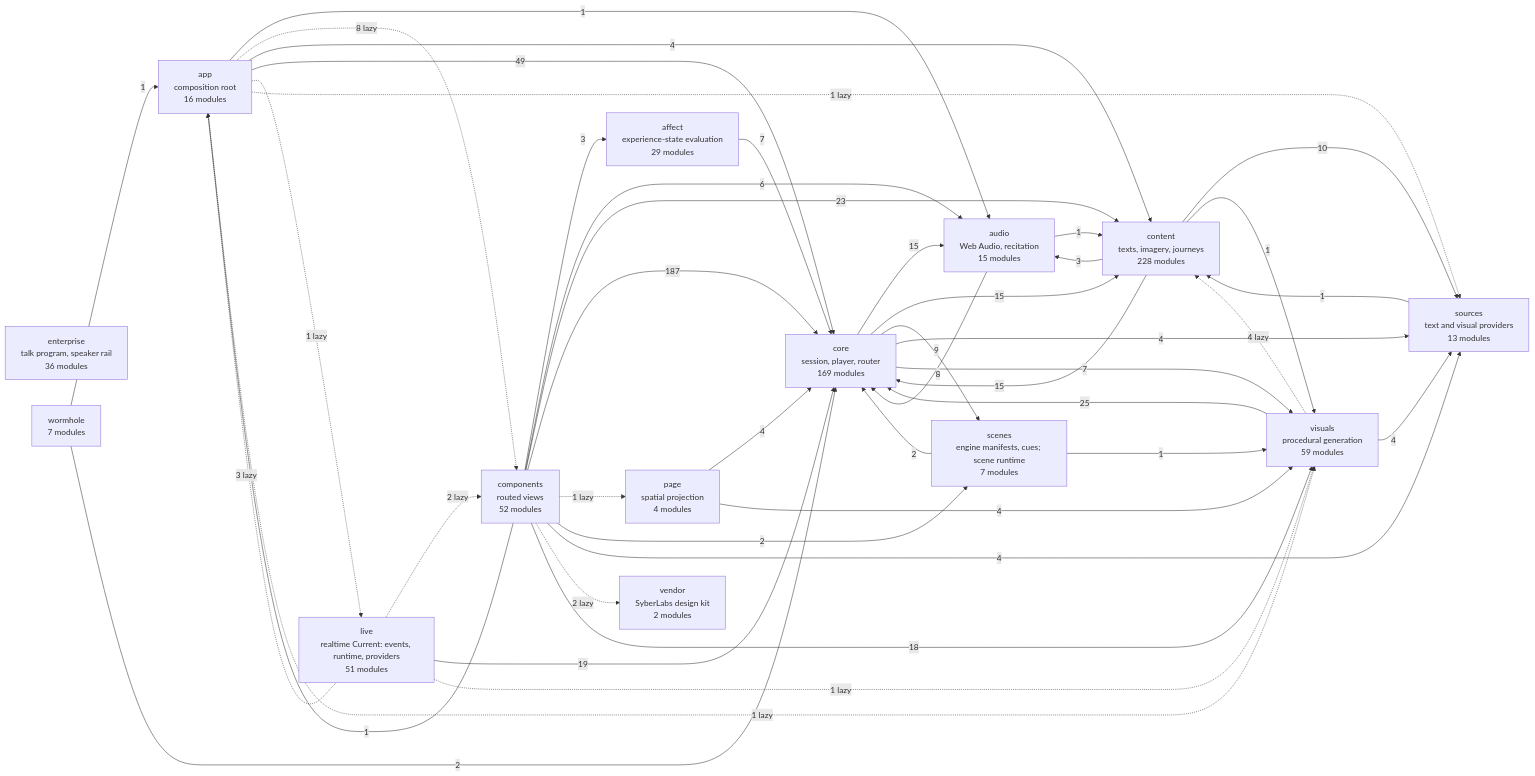
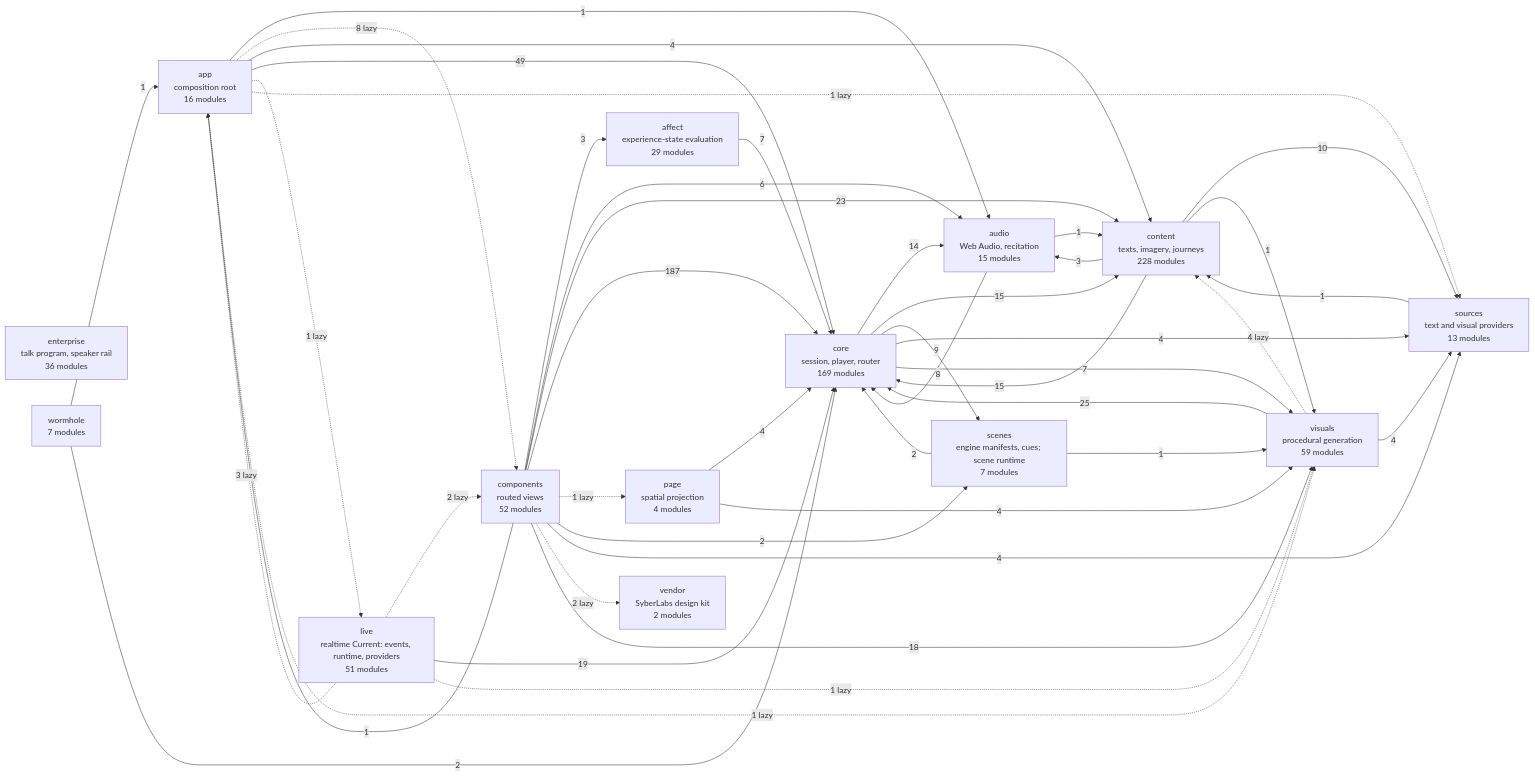
The diagram in docs/specs/ARCHITECTURE.md (SyberLabs/RISE), drawn with Mermaid before and after one commit. The commit also changed 5 other files, not shown here.

````diff
--- a/docs/specs/ARCHITECTURE.md
+++ b/docs/specs/ARCHITECTURE.md
@@ -161,61 +161,61 @@
 ```mermaid
 flowchart LR
     affect["affect<br/>experience-state evaluation<br/>29 modules"]
     app["app<br/>composition root<br/>16 modules"]
     audio["audio<br/>Web Audio, recitation<br/>15 modules"]
     components["components<br/>routed views<br/>52 modules"]
     content["content<br/>texts, imagery, journeys<br/>228 modules"]
     core["core<br/>session, player, router<br/>169 modules"]
     enterprise["enterprise<br/>talk program, speaker rail<br/>36 modules"]
     live["live<br/>realtime Current: events, runtime, providers<br/>51 modules"]
     page["page<br/>spatial projection<br/>4 modules"]
     scenes["scenes<br/>engine manifests, cues; scene runtime<br/>7 modules"]
     sources["sources<br/>text and visual providers<br/>13 modules"]
     vendor["vendor<br/>SyberLabs design kit<br/>2 modules"]
     visuals["visuals<br/>procedural generation<br/>59 modules"]
     wormhole["wormhole<br/>7 modules"]
 
     affect --> |7| core
     app --> |1| audio
     app -.-> |8 lazy| components
     app --> |4| content
     app --> |49| core
     app -.-> |1 lazy| live
     app -.-> |1 lazy| sources
     app -.-> |1 lazy| visuals
     audio --> |1| content
     audio --> |8| core
     components --> |3| affect
     components --> |1| app
     components --> |6| audio
     components --> |23| content
     components --> |187| core
     components -.-> |1 lazy| page
     components --> |2| scenes
     components --> |4| sources
     components -.-> |2 lazy| vendor
     components --> |18| visuals
     content --> |3| audio
     content --> |15| core
     content --> |10| sources
     content --> |1| visuals
-    core --> |15| audio
+    core --> |14| audio
     core --> |15| content
     core --> |9| scenes
     core --> |4| sources
     core --> |7| visuals
     live -.-> |3 lazy| app
     live -.-> |2 lazy| components
     live --> |19| core
     live -.-> |1 lazy| visuals
     page --> |4| core
     page --> |4| visuals
     scenes --> |2| core
     scenes --> |1| visuals
     sources --> |1| content
     visuals -.-> |4 lazy| content
     visuals --> |25| core
     visuals --> |4| sources
     wormhole --> |1| app
     wormhole --> |2| core
 ```
````
